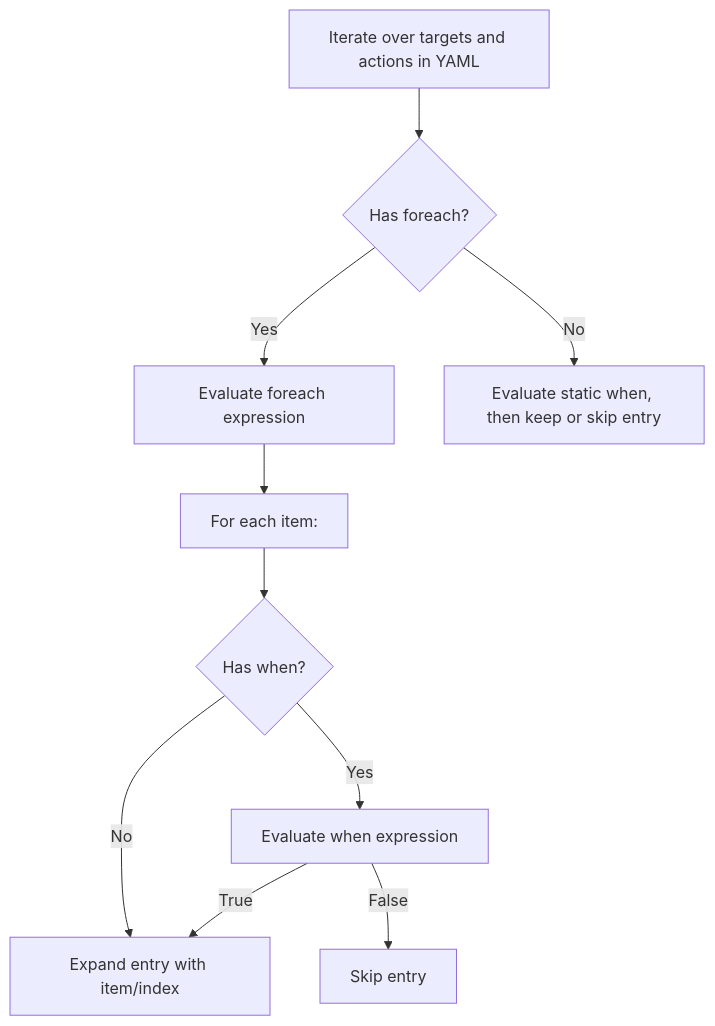
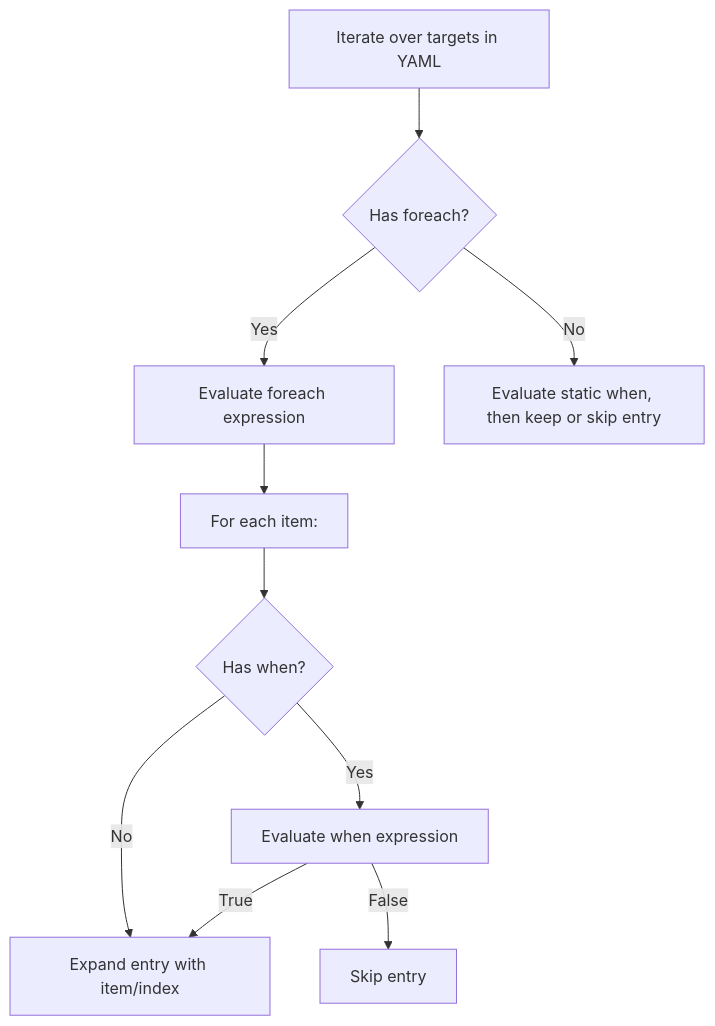
The third of 12 diagrams in docs/netsuke-design.md (leynos/netsuke), drawn with Mermaid before and after one commit. The commit also changed other lines of this file, not shown here.

````diff
--- a/docs/netsuke-design.md
+++ b/docs/netsuke-design.md
@@ -426,12 +432,12 @@
 ```mermaid
 flowchart TD
-    A[Iterate over targets and actions in YAML] --> B{Has foreach?}
+    A[Iterate over targets in YAML] --> B{Has foreach?}
     B -- Yes --> C[Evaluate foreach expression]
     C --> D[For each item:]
     D --> E{Has when?}
     E -- Yes --> F[Evaluate when expression]
     F -- True --> G[Expand entry with item/index]
     F -- False --> H[Skip entry]
     E -- No --> G
     B -- No --> I[Evaluate static when, then keep or skip entry]
 ```
````
